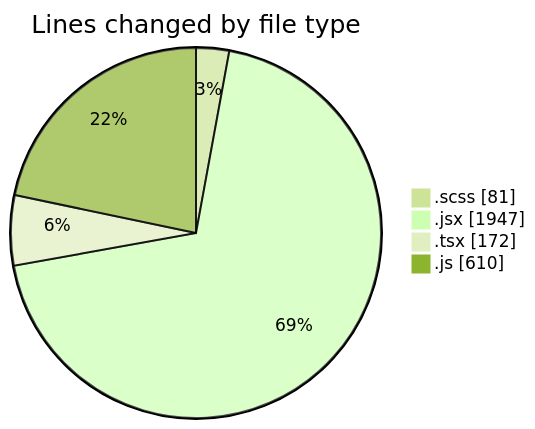
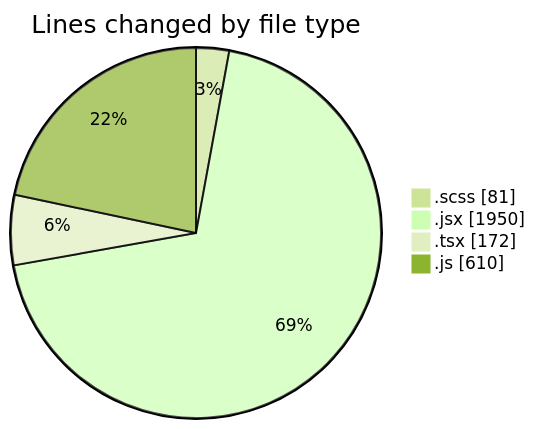
One commit to momahboobian/code-tracking changed the first of 2 diagrams in 2025-06-03/cda/README.md. Above: the diagram before and after it, drawn with Mermaid (forest theme). The commit also changed other lines of this file and 1 other file, not shown here.

````diff
--- a/2025-06-03/cda/README.md
+++ b/2025-06-03/cda/README.md
@@ -25,8 +25,8 @@
 ```mermaid
 pie showData
 title Lines changed by file type
 ".scss" : 81
-".jsx" : 1947
+".jsx" : 1950
 ".tsx" : 172
 ".js" : 610
 ```
````
